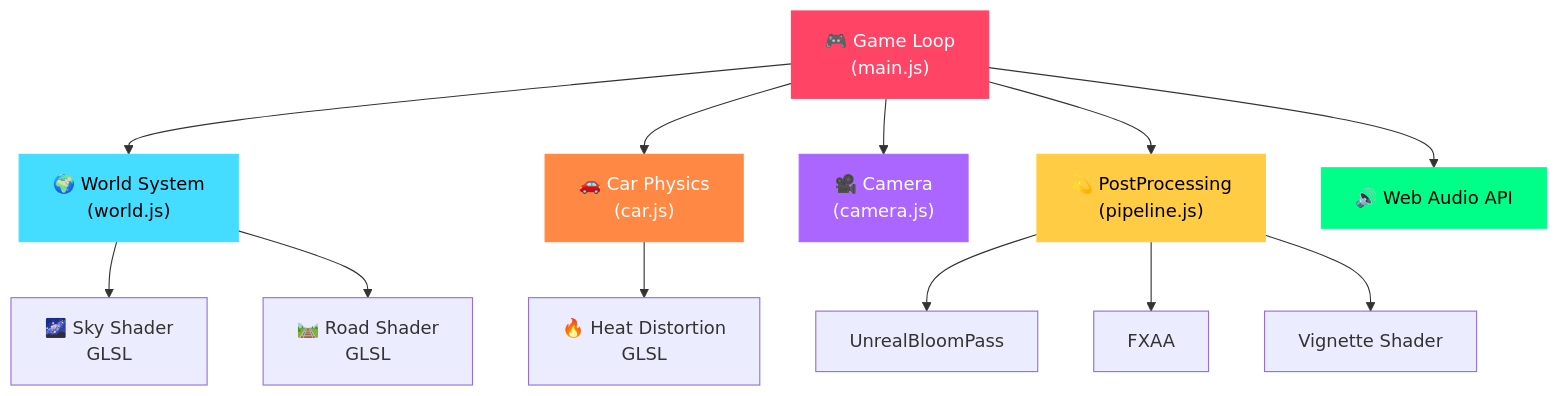
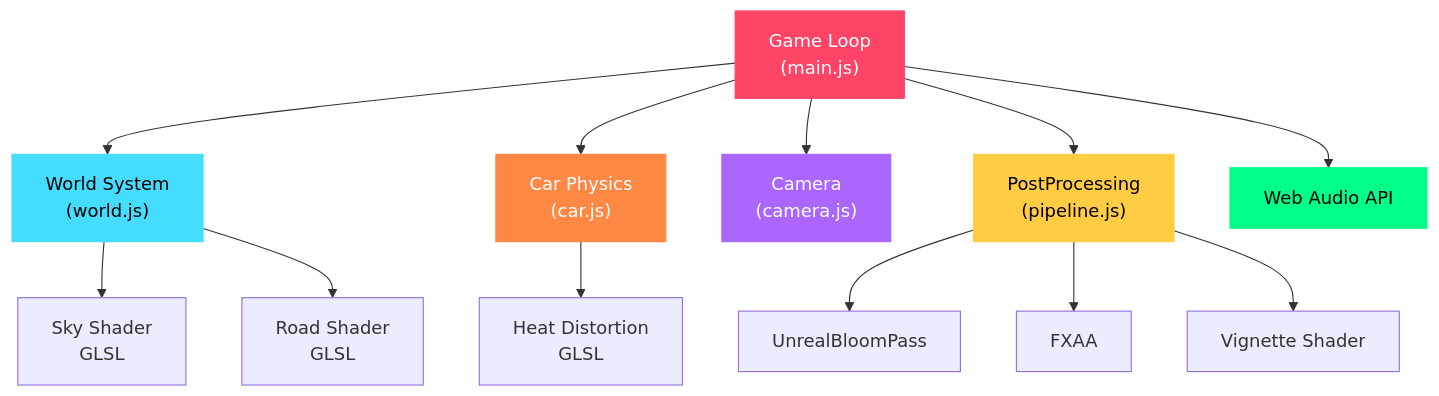
One commit to 1sarthak7/car-game-static changed the diagram in README.md. Above: the diagram before and after it, drawn with Mermaid. The commit also changed other lines of this file, not shown here.

````diff
--- a/README.md
+++ b/README.md
@@ -163,23 +163,23 @@
 ```mermaid
 graph TB
-    A["🎮 Game Loop<br/>(main.js)"] --> B["🌍 World System<br/>(world.js)"]
-    A --> C["🚗 Car Physics<br/>(car.js)"]
-    A --> D["🎥 Camera<br/>(camera.js)"]
-    A --> E["💫 PostProcessing<br/>(pipeline.js)"]
-    A --> F["🔊 Web Audio API"]
+    A[" Game Loop<br/>(main.js)"] --> B[" World System<br/>(world.js)"]
+    A --> C[" Car Physics<br/>(car.js)"]
+    A --> D[" Camera<br/>(camera.js)"]
+    A --> E[" PostProcessing<br/>(pipeline.js)"]
+    A --> F[" Web Audio API"]
     
-    B --> G["🌌 Sky Shader<br/>GLSL"]
-    B --> H["🛤️ Road Shader<br/>GLSL"]
-    C --> I["🔥 Heat Distortion<br/>GLSL"]
+    B --> G[" Sky Shader<br/>GLSL"]
+    B --> H[" Road Shader<br/>GLSL"]
+    C --> I[" Heat Distortion<br/>GLSL"]
     
     E --> J["UnrealBloomPass"]
     E --> K["FXAA"]
     E --> L["Vignette Shader"]
     
     style A fill:#ff4466,color:#fff,stroke:#ff4466
     style B fill:#44ddff,color:#000,stroke:#44ddff
     style C fill:#ff8844,color:#fff,stroke:#ff8844
     style D fill:#aa66ff,color:#fff,stroke:#aa66ff
     style E fill:#ffcc44,color:#000,stroke:#ffcc44
     style F fill:#00ff88,color:#000,stroke:#00ff88
 ```
````
